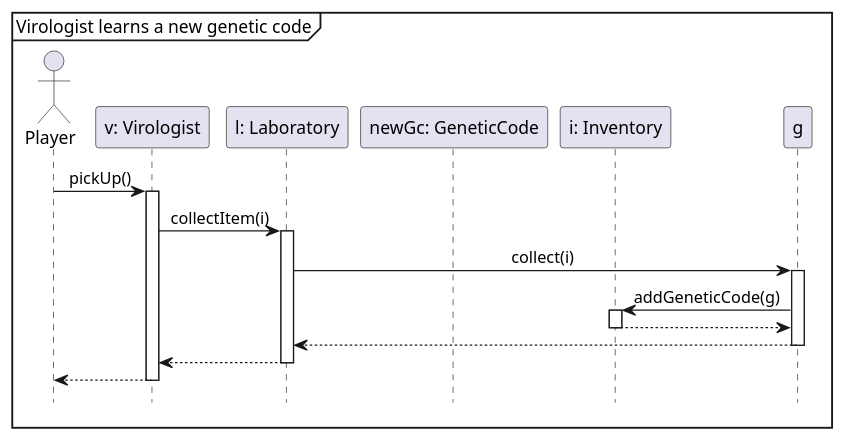
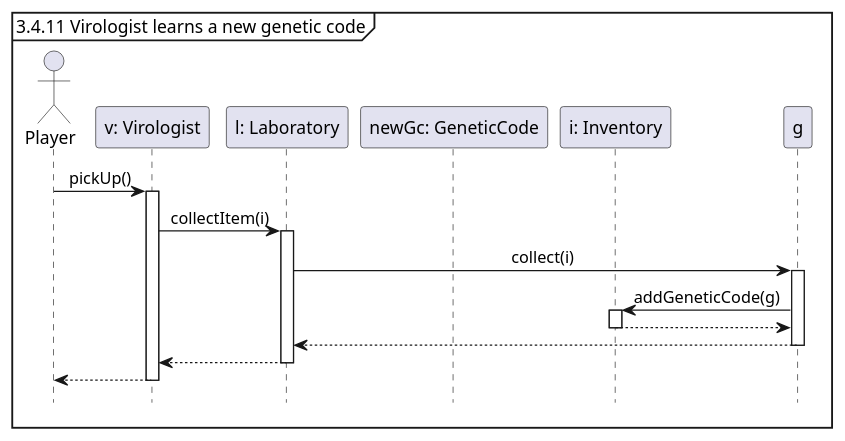
One commit to Tschonti/503-service-unavailable changed the diagram in docs/seqDiagrams/10_2pickUpGeneticCode.puml. Above: the diagram before and after it, drawn with PlantUML. The commit also changed 5 other files, not shown here.

```diff
--- a/docs/seqDiagrams/10_2pickUpGeneticCode.puml
+++ b/docs/seqDiagrams/10_2pickUpGeneticCode.puml
@@ -1,24 +1,24 @@
 @startuml
 'https://plantuml.com/sequence-diagram
 
 hide footbox
 skinparam sequenceMessageAlign center
 
-mainframe Virologist learns a new genetic code
+mainframe 3.4.11 Virologist learns a new genetic code
 
 actor Player as p
 participant "v: Virologist" as v
 participant "l: Laboratory" as l
 participant "newGc: GeneticCode" as newGc
 participant "i: Inventory" as i
 
 p -> v ++ : pickUp()
     v -> l ++ : collectItem(i)
         l -> g ++ : collect(i)
             g -> i ++ : addGeneticCode(g)
             return
         return
     return
 return
 
 @enduml
```
